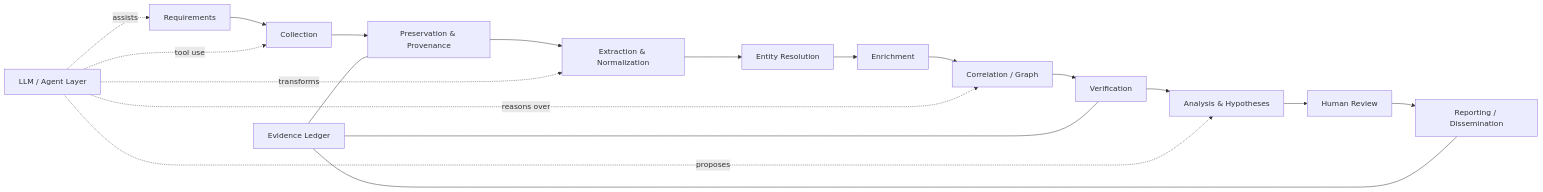
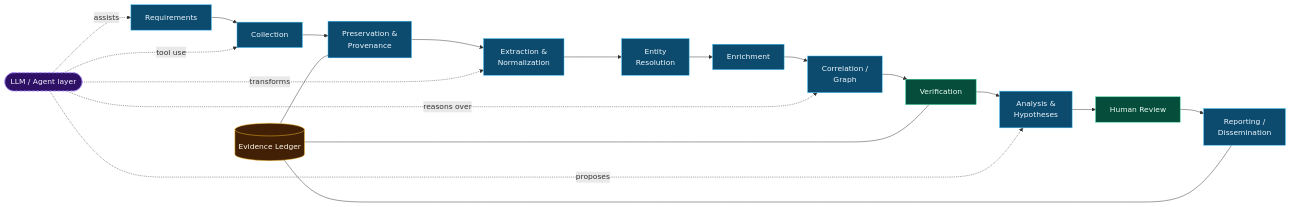
One commit to Ridd1kulusC0d3r/OSINTAI changed the first of 2 diagrams in README.md. Above: the diagram before and after it, drawn with Mermaid. The commit also changed other lines of this file and 4 other files, not shown here.

````diff
--- a/README.md
+++ b/README.md
@@ -28,23 +74,32 @@
-~~~mermaid
+```mermaid
 flowchart LR
     A[Requirements] --> B[Collection]
-    B --> C[Preservation & Provenance]
-    C --> D[Extraction & Normalization]
-    D --> E[Entity Resolution]
+    B --> C[Preservation &<br/>Provenance]
+    C --> D[Extraction &<br/>Normalization]
+    D --> E[Entity<br/>Resolution]
     E --> F[Enrichment]
-    F --> G[Correlation / Graph]
+    F --> G[Correlation /<br/>Graph]
     G --> H[Verification]
-    H --> I[Analysis & Hypotheses]
+    H --> I[Analysis &<br/>Hypotheses]
     I --> J[Human Review]
-    J --> K[Reporting / Dissemination]
+    J --> K[Reporting /<br/>Dissemination]
 
-    L[LLM / Agent Layer] -. assists .-> A
+    L([LLM / Agent layer]) -. assists .-> A
     L -. tool use .-> B
     L -. transforms .-> D
     L -. reasons over .-> G
     L -. proposes .-> I
 
-    M[Evidence Ledger] --- C
+    M[(Evidence Ledger)] --- C
     M --- H
     M --- K
-~~~
+
+    classDef cycle fill:#0c4a6e,stroke:#38bdf8,color:#f0f9ff
+    classDef human fill:#064e3b,stroke:#34d399,color:#ecfdf5
+    classDef model fill:#2e1065,stroke:#a78bfa,color:#f5f3ff,stroke-dasharray:5 4
+    classDef ledger fill:#422006,stroke:#fbbf24,color:#fffbeb
+    class A,B,C,D,E,F,G,I,K cycle
+    class H,J human
+    class L model
+    class M ledger
+```
````
